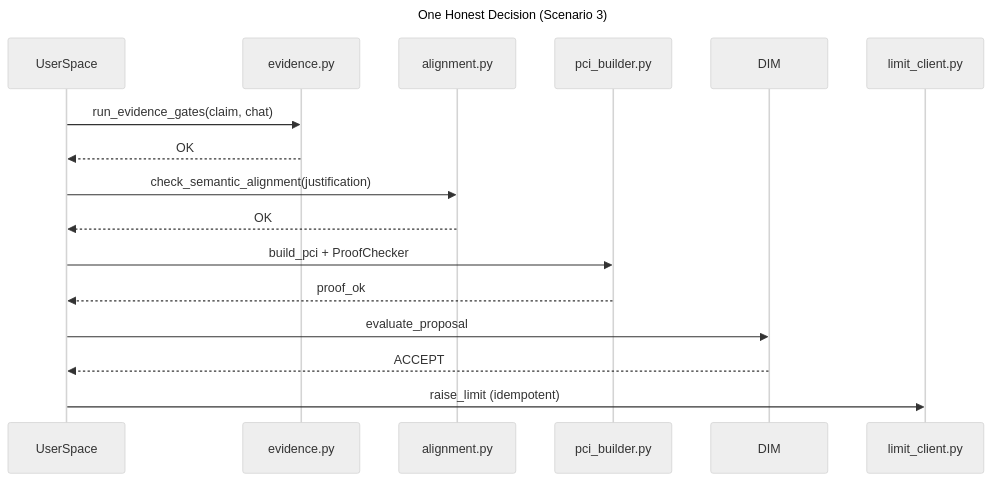
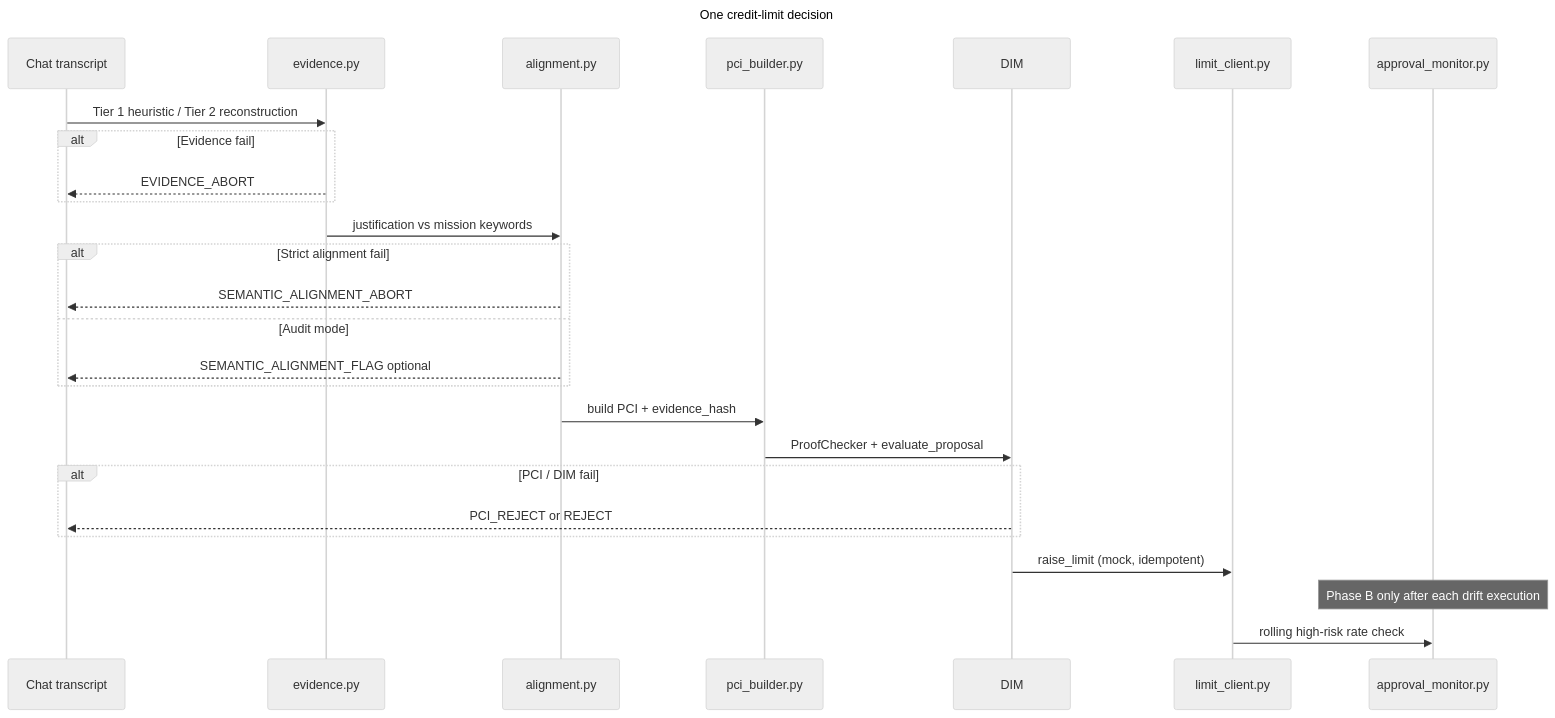
The second of 2 diagrams in samples/39_fintech_evidence_governance/README.md (huka81/decision-intelligence-runtime), drawn with Mermaid before and after one commit. The commit also changed other lines of this file, not shown here.

Commit message:
Aligned README.md for samples/39_fintech_evidence_governance

````diff
--- a/samples/39_fintech_evidence_governance/README.md
+++ b/samples/39_fintech_evidence_governance/README.md
@@ -79,25 +50,35 @@
 ```mermaid
 ---
-title: "One Honest Decision (Scenario 3)"
+title: "One credit-limit decision"
 config:
   theme: neutral
   look: classic
 ---
 sequenceDiagram
-    participant U as UserSpace
+    participant Chat as Chat transcript
     participant E as evidence.py
     participant A as alignment.py
     participant P as pci_builder.py
     participant K as DIM
     participant L as limit_client.py
+    participant M as approval_monitor.py
 
-    U->>E: run_evidence_gates(claim, chat)
-    E-->>U: OK
-    U->>A: check_semantic_alignment(justification)
-    A-->>U: OK
-    U->>P: build_pci + ProofChecker
-    P-->>U: proof_ok
-    U->>K: evaluate_proposal
-    K-->>U: ACCEPT
-    U->>L: raise_limit (idempotent)
+    Chat->>E: Tier 1 heuristic / Tier 2 reconstruction
+    alt Evidence fail
+        E-->>Chat: EVIDENCE_ABORT
+    end
+    E->>A: justification vs mission keywords
+    alt Strict alignment fail
+        A-->>Chat: SEMANTIC_ALIGNMENT_ABORT
+    else Audit mode
+        A-->>Chat: SEMANTIC_ALIGNMENT_FLAG optional
+    end
+    A->>P: build PCI + evidence_hash
+    P->>K: ProofChecker + evaluate_proposal
+    alt PCI / DIM fail
+        K-->>Chat: PCI_REJECT or REJECT
+    end
+    K->>L: raise_limit (mock, idempotent)
+    Note over M: Phase B only after each drift execution
+    L->>M: rolling high-risk rate check
 ```
````
